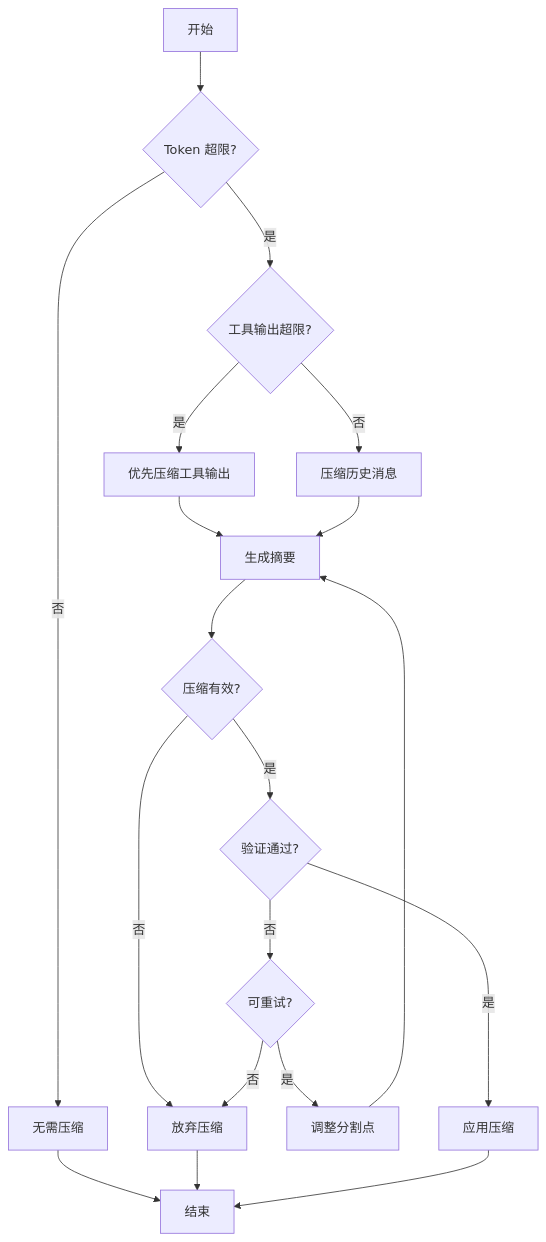
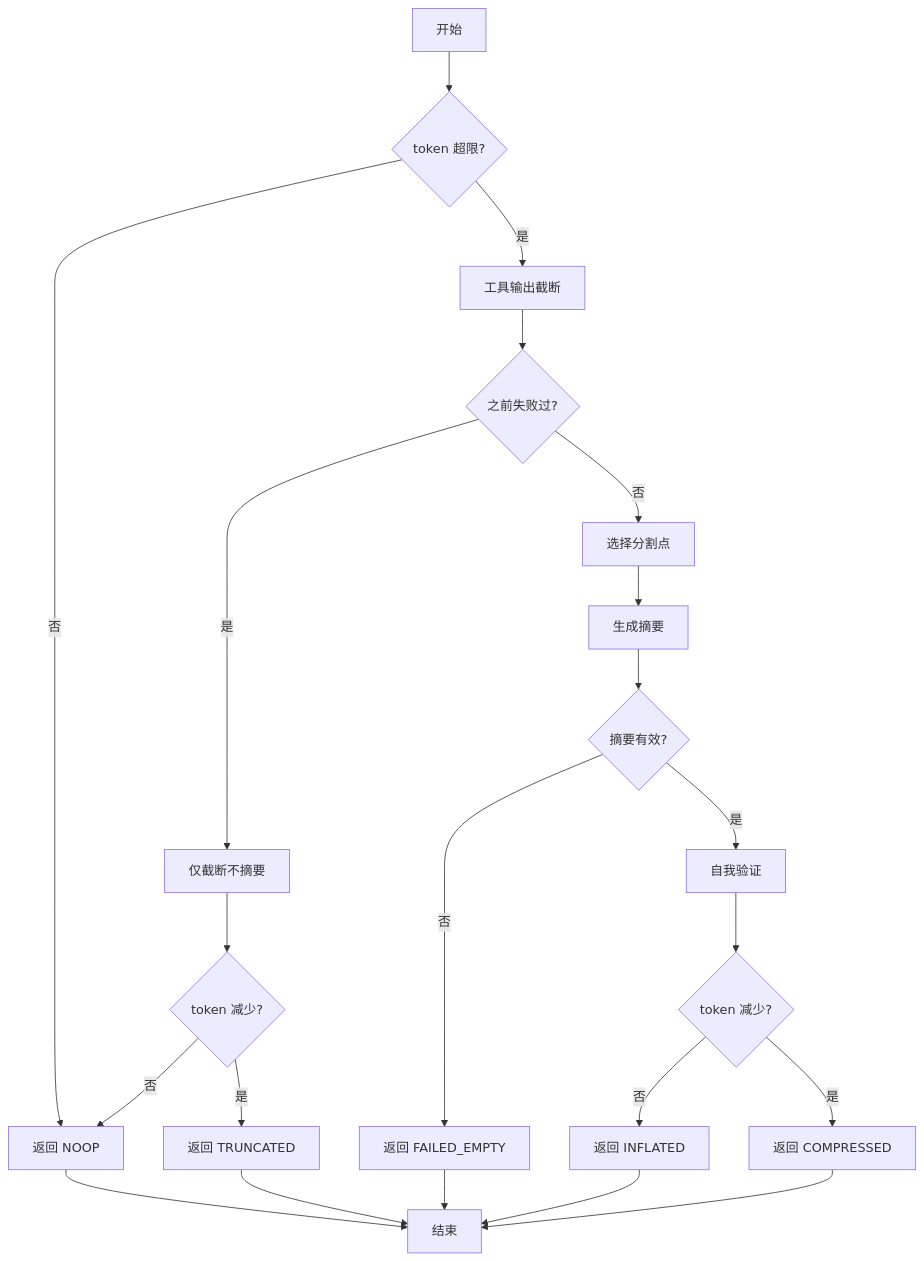
The tenth of 11 diagrams in docs/gemini-cli/questions/gemini-cli-context-compaction.md (giraffe-tree/agent-base), drawn with Mermaid before and after one commit. The commit also changed other lines of this file and 39 other files, not shown here.

````diff
--- a/docs/gemini-cli/questions/gemini-cli-context-compaction.md
+++ b/docs/gemini-cli/questions/gemini-cli-context-compaction.md
@@ -458,21 +505,24 @@
 ```mermaid
 flowchart TD
-    A[开始] --> B{Token 超限?}
-    B -->|否| C[无需压缩]
-    B -->|是| D{工具输出超限?}
-    D -->|是| E[优先压缩工具输出]
-    D -->|否| F[压缩历史消息]
-    E --> G[生成摘要]
-    F --> G
-    G --> H{压缩有效?}
-    H -->|否| I[放弃压缩]
-    H -->|是| J{验证通过?}
-    J -->|否| K{可重试?}
-    K -->|是| L[调整分割点]
-    K -->|否| I
-    L --> G
-    J -->|是| M[应用压缩]
-    C --> N[结束]
-    I --> N
-    M --> N
+    A[开始] --> B{token 超限?}
+    B -->|否| C[返回 NOOP]
+    B -->|是| D[工具输出截断]
+    D --> E{之前失败过?}
+    E -->|是| F[仅截断不摘要]
+    F --> G{token 减少?}
+    G -->|是| H[返回 TRUNCATED]
+    G -->|否| C
+    E -->|否| I[选择分割点]
+    I --> J[生成摘要]
+    J --> K{摘要有效?}
+    K -->|否| L[返回 FAILED_EMPTY]
+    K -->|是| M[自我验证]
+    M --> N{token 减少?}
+    N -->|否| O[返回 INFLATED]
+    N -->|是| P[返回 COMPRESSED]
+    C --> End[结束]
+    H --> End
+    L --> End
+    O --> End
+    P --> End
 ```
````
